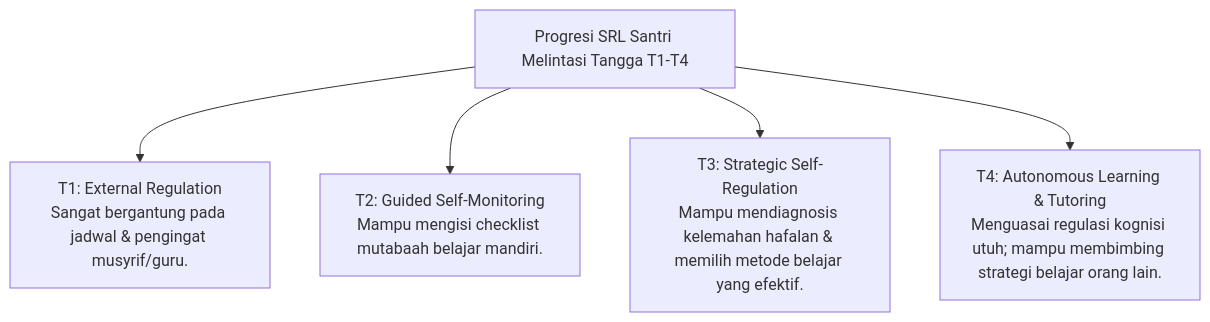
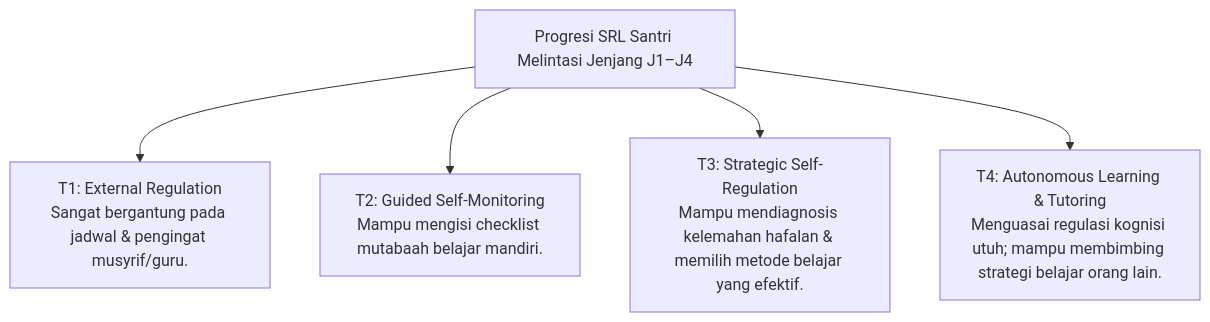
One commit to wandiapriliyandi/tumbuh changed the second of 2 diagrams in 04 Progression Framework/03 Learning Progression/P4-03-04-Perkembangan-Metakognisi-dan-Self-Regulated-Learning.md. Above: the diagram before and after it, drawn with Mermaid. The commit also changed other lines of this file and 209 other files, not shown here.

````diff
--- a/04 Progression Framework/03 Learning Progression/P4-03-04-Perkembangan-Metakognisi-dan-Self-Regulated-Learning.md
+++ b/04 Progression Framework/03 Learning Progression/P4-03-04-Perkembangan-Metakognisi-dan-Self-Regulated-Learning.md
@@ -25,8 +25,8 @@
 ```mermaid
 graph TD
-    SRL_Prog["Progresi SRL Santri Melintasi Tangga T1-T4"]
+    SRL_Prog["Progresi SRL Santri Melintasi Jenjang J1–J4"]
     SRL_Prog --> T1_SRL["T1: External Regulation<br/>Sangat bergantung pada jadwal & pengingat musyrif/guru."]
     SRL_Prog --> T2_SRL["T2: Guided Self-Monitoring<br/>Mampu mengisi checklist mutabaah belajar mandiri."]
     SRL_Prog --> T3_SRL["T3: Strategic Self-Regulation<br/>Mampu mendiagnosis kelemahan hafalan & memilih metode belajar yang efektif."]
     SRL_Prog --> T4_SRL["T4: Autonomous Learning & Tutoring<br/>Menguasai regulasi kognisi utuh; mampu membimbing strategi belajar orang lain."]
 ```
````
